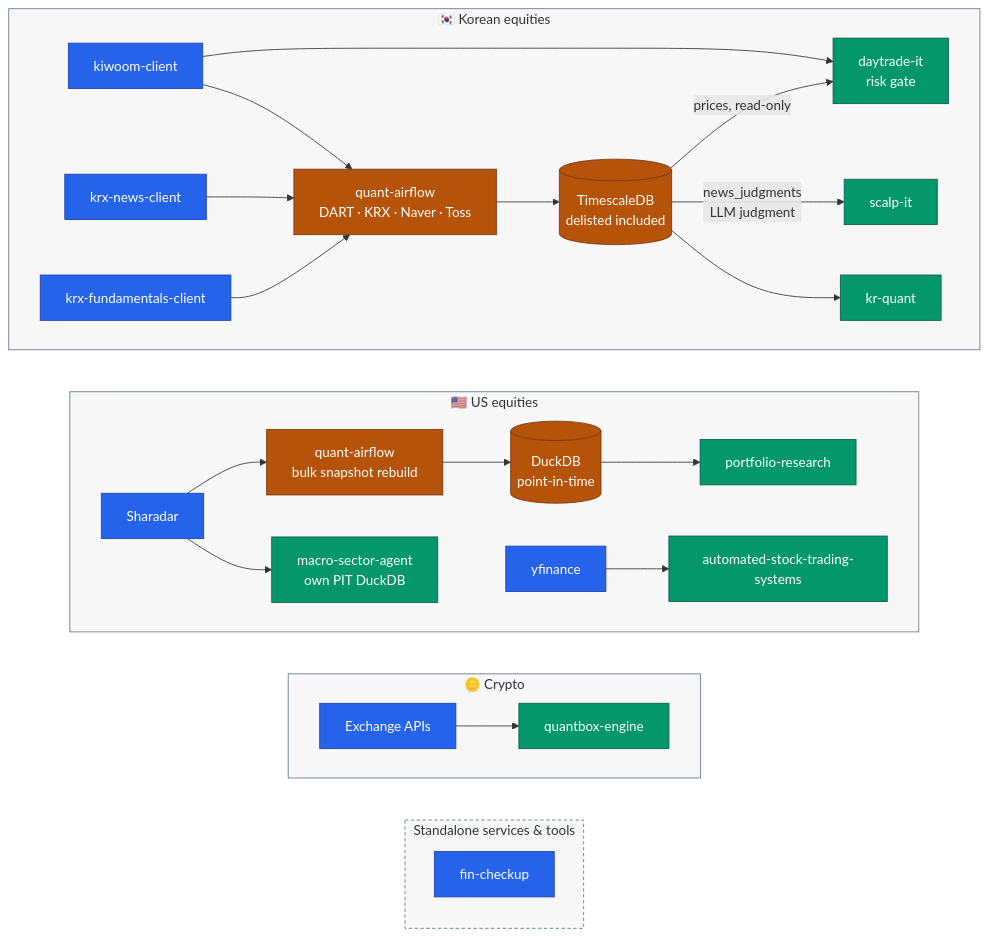
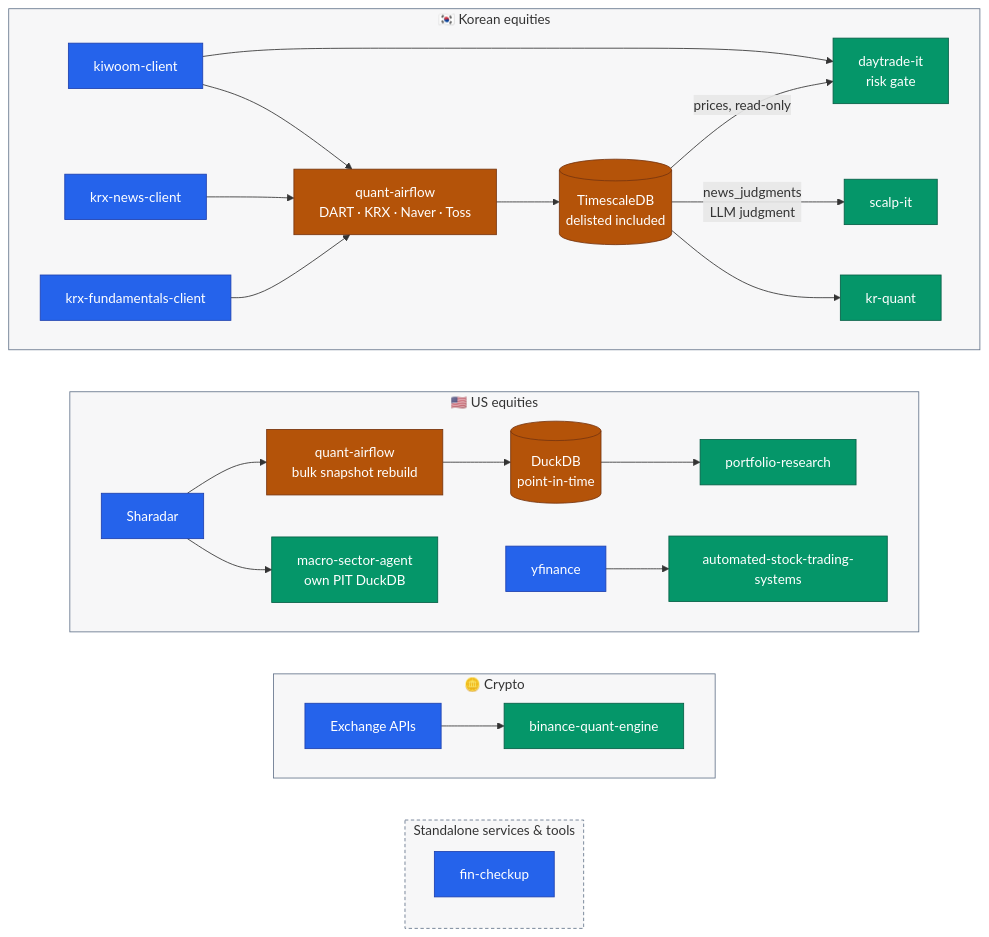
One commit to younghwan91/younghwan91 changed the first of 2 diagrams in README.md. Above: the diagram before and after it, drawn with Mermaid. The commit also changed other lines of this file and 1 other file, not shown here.

First line of the commit message:
docs(readme): fix stale crypto repo names (quantbox-engine, trading_code)

````diff
--- a/README.md
+++ b/README.md
@@ -21,45 +21,45 @@
 ```mermaid
 flowchart TB
     subgraph KR ["🇰🇷 Korean equities"]
         direction LR
         K["kiwoom-client"] --> AF["quant-airflow<br/>DART · KRX · Naver · Toss"] --> DB[("TimescaleDB<br/>delisted included")] --> Q["kr-quant"]
         NW["krx-news-client"] --> AF
         F["krx-fundamentals-client"] --> AF
         DB -- "news_judgments<br/>LLM judgment" --> SC["scalp-it"]
         DB -- "prices, read-only" --> KSIG["daytrade-it<br/>risk gate"]
         K --> KSIG
     end
 
     subgraph US ["🇺🇸 US equities"]
         direction LR
         SH["Sharadar"] --> AFU["quant-airflow<br/>bulk snapshot rebuild"] --> DD[("DuckDB<br/>point-in-time")] --> O["portfolio-research"]
         SH --> MS["macro-sector-agent<br/>own PIT DuckDB"]
         YF["yfinance"] --> AT["automated-stock-trading-systems"]
     end
 
     subgraph CX ["🪙 Crypto"]
         direction LR
-        EX["Exchange APIs"] --> CR["quantbox-engine"]
+        EX["Exchange APIs"] --> CR["binance-quant-engine"]
     end
 
     subgraph SVC ["Standalone services & tools"]
         direction TB
         FC["fin-checkup"]
     end
 
     %% 세로 정렬용 — `~~~` 는 그 자체로 보이지 않는 링크다(linkStyle 불필요).
     KR ~~~ US ~~~ CX ~~~ SVC
 
     classDef source fill:#2563EB,stroke:#1E40AF,color:#FFFFFF
     classDef move   fill:#B45309,stroke:#78350F,color:#FFFFFF
     classDef out    fill:#059669,stroke:#065F46,color:#FFFFFF
 
     class K,SH,YF,EX,F,NW,FC source
     class AF,AFU,DB,DD move
     class Q,O,AT,CR,SC,MS,KSIG out
 
     style KR  fill:#0F172A08,stroke:#64748B
     style US  fill:#0F172A08,stroke:#64748B
     style CX  fill:#0F172A08,stroke:#64748B
     style SVC fill:#0F172A08,stroke:#64748B,stroke-dasharray:4 3
 ```
````
